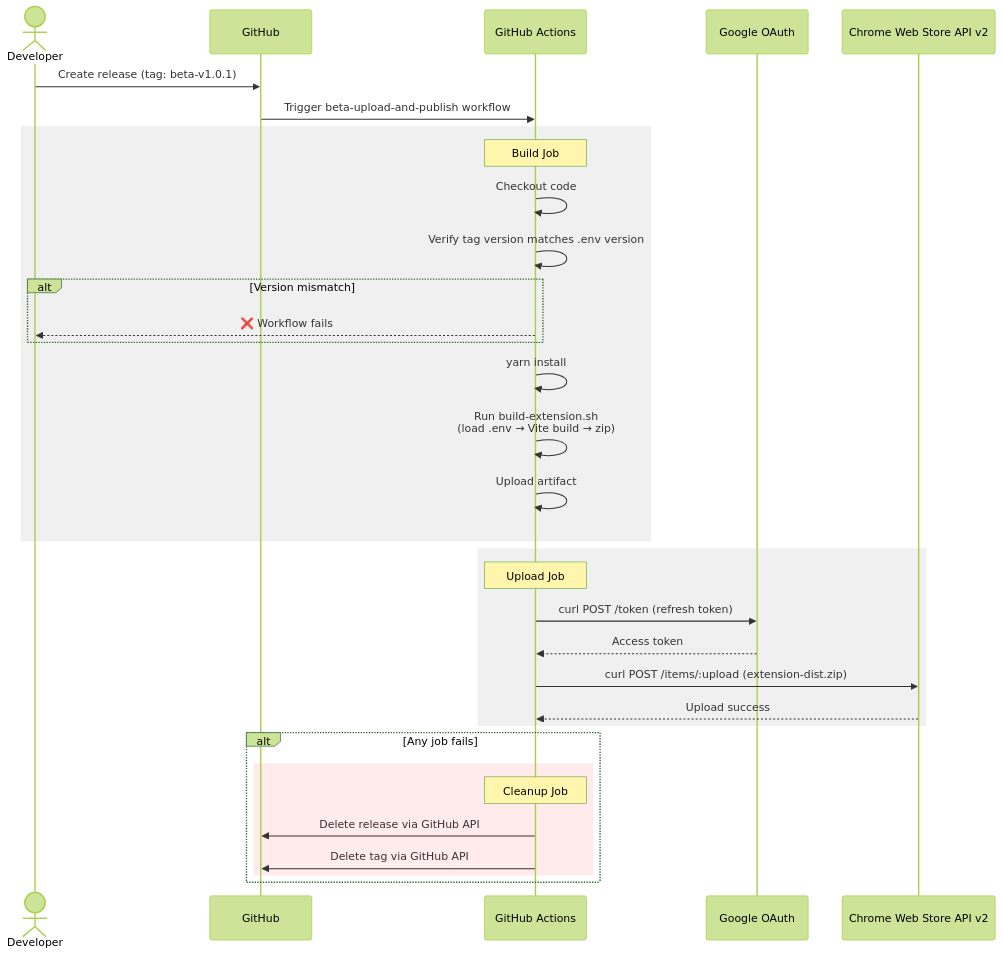
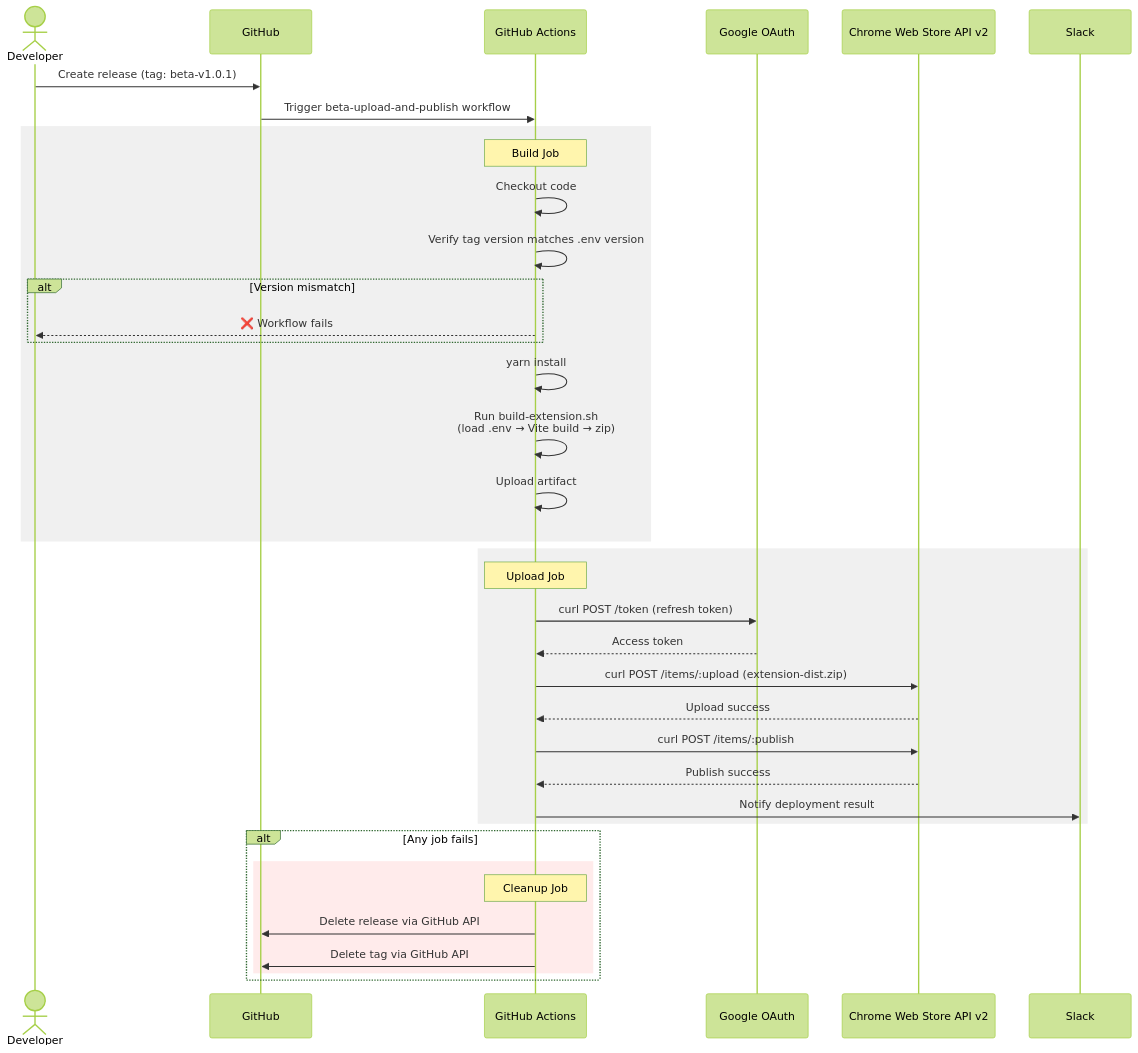
One commit to cg-ysun/chrome-extension-test changed the diagram in docs/beta-workflow.mmd. Above: the diagram before and after it, drawn with Mermaid (forest theme). The commit also changed 3 other files, not shown here.

Commit message:
updated sequence diagram

```diff
--- a/docs/beta-workflow.mmd
+++ b/docs/beta-workflow.mmd
@@ -1,37 +1,41 @@
 sequenceDiagram
     actor Dev as Developer
     participant GH as GitHub
     participant GHA as GitHub Actions
     participant OAuth as Google OAuth
     participant CWS as Chrome Web Store API v2
+    participant Slack as Slack
 
     Dev->>GH: Create release (tag: beta-v1.0.1)
     GH->>GHA: Trigger beta-upload-and-publish workflow
 
     rect rgb(240, 240, 240)
         Note over GHA: Build Job
         GHA->>GHA: Checkout code
         GHA->>GHA: Verify tag version matches .env version
         alt Version mismatch
             GHA-->>Dev: ❌ Workflow fails
         end
         GHA->>GHA: yarn install
         GHA->>GHA: Run build-extension.sh<br/>(load .env → Vite build → zip)
         GHA->>GHA: Upload artifact
     end
 
     rect rgb(240, 240, 240)
         Note over GHA: Upload Job
         GHA->>OAuth: curl POST /token (refresh token)
         OAuth-->>GHA: Access token
         GHA->>CWS: curl POST /items/:upload (extension-dist.zip)
         CWS-->>GHA: Upload success
+        GHA->>CWS: curl POST /items/:publish
+        CWS-->>GHA: Publish success
+        GHA->>Slack: Notify deployment result
     end
 
     alt Any job fails
         rect rgb(255, 235, 235)
             Note over GHA: Cleanup Job
             GHA->>GH: Delete release via GitHub API
             GHA->>GH: Delete tag via GitHub API
         end
     end
```
